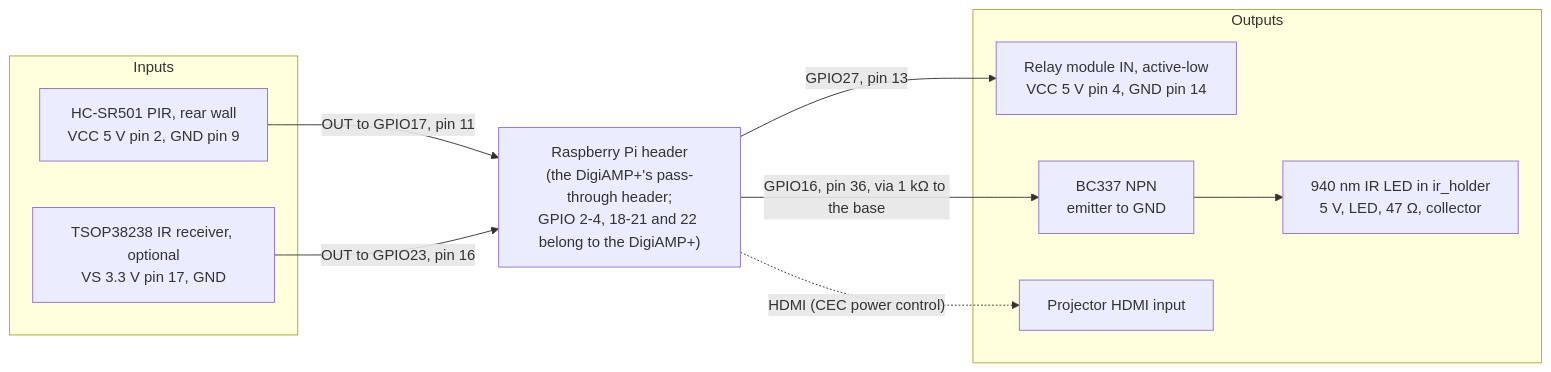
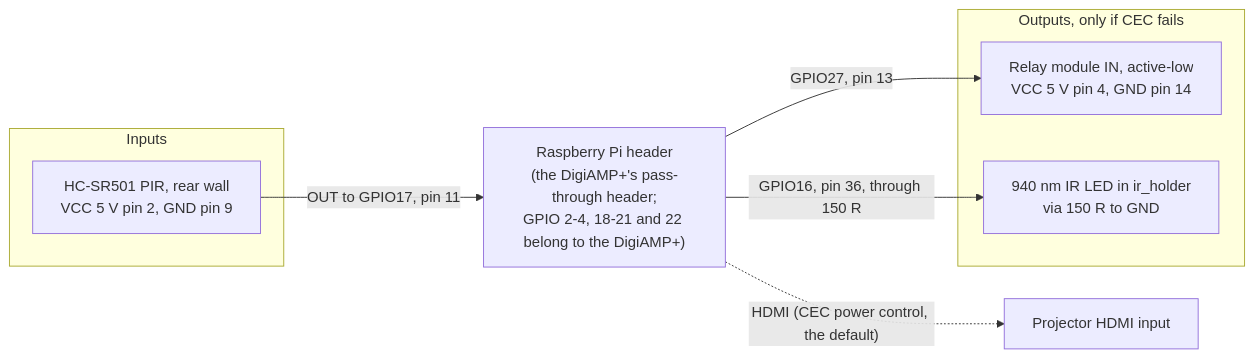
The third of 3 diagrams in docs/WIRING.md (davidwkeith/atmosfx-projector-case), drawn with Mermaid before and after one commit. The commit also changed other lines of this file, not shown here.

````diff
--- a/docs/WIRING.md
+++ b/docs/WIRING.md
@@ -114,19 +96,16 @@
 ```mermaid
 flowchart LR
   subgraph IN["Inputs"]
     PIR["HC-SR501 PIR, rear wall<br/>VCC 5 V pin 2, GND pin 9"]
-    IRRX["TSOP38238 IR receiver, optional<br/>VS 3.3 V pin 17, GND"]
   end
   PI["Raspberry Pi header<br/>(the DigiAMP+'s pass-through header;<br/>GPIO 2-4, 18-21 and 22 belong to the DigiAMP+)"]
-  subgraph OUTS["Outputs"]
+  subgraph OUTS["Outputs, only if CEC fails"]
     RELAY["Relay module IN, active-low<br/>VCC 5 V pin 4, GND pin 14"]
-    Q1["BC337 NPN<br/>emitter to GND"]
-    IRLED["940 nm IR LED in ir_holder<br/>5 V, LED, 47 Ω, collector"]
-    PROJ["Projector HDMI input"]
+    IRLED["940 nm IR LED in ir_holder<br/>via 150 R to GND"]
   end
+  PROJ["Projector HDMI input"]
   PIR -- "OUT to GPIO17, pin 11" --> PI
-  IRRX -- "OUT to GPIO23, pin 16" --> PI
   PI -- "GPIO27, pin 13" --> RELAY
-  PI -- "GPIO16, pin 36, via 1 kΩ to the base" --> Q1 --> IRLED
-  PI -. "HDMI (CEC power control)" .-> PROJ
+  PI -- "GPIO16, pin 36, through 150 R" --> IRLED
+  PI -. "HDMI (CEC power control, the default)" .-> PROJ
 ```
````
